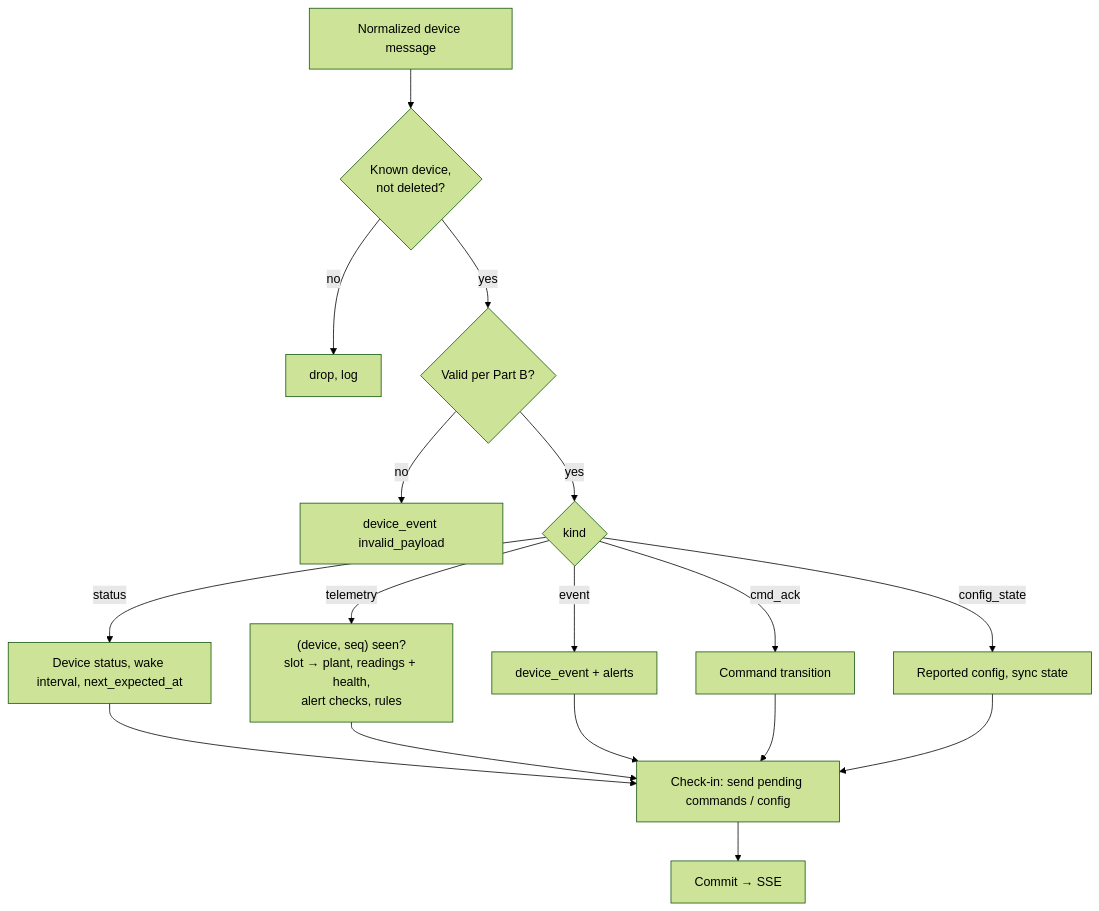
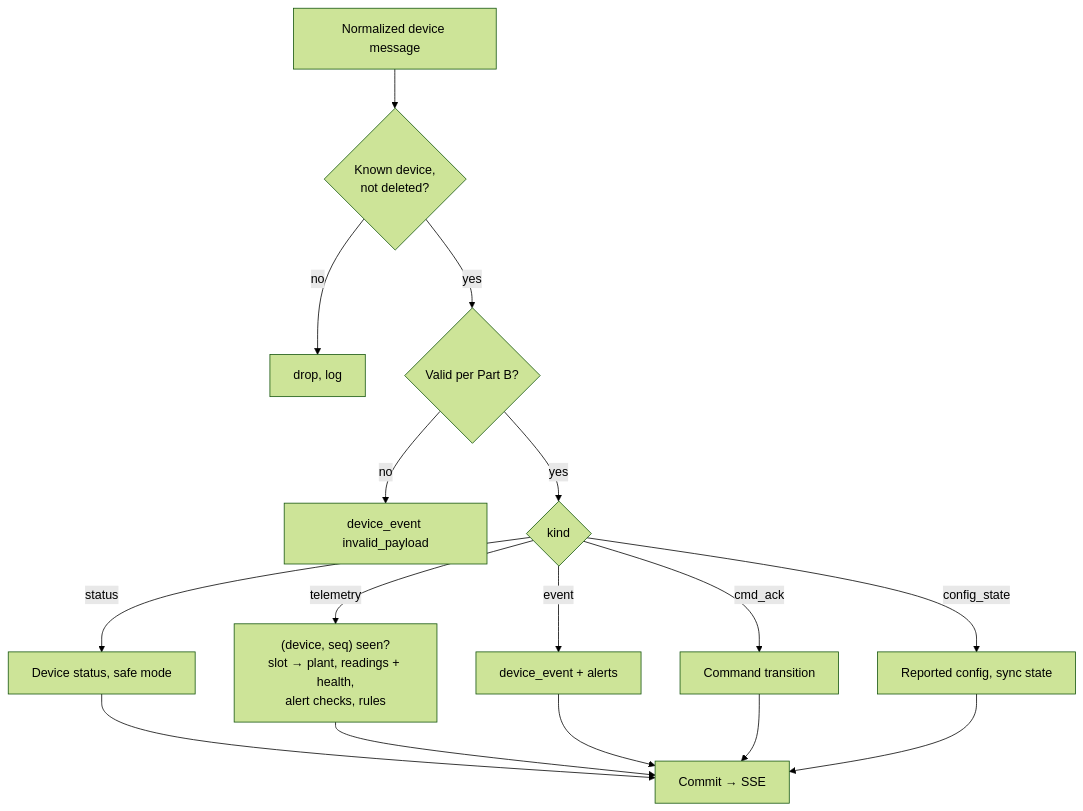
The sixth of 7 diagrams in Gateway/specs.md (Hansom17/MoistureController), drawn with Mermaid (forest theme) before and after one commit. The commit also changed other lines of this file and 6 other files, not shown here.

````diff
--- a/Gateway/specs.md
+++ b/Gateway/specs.md
@@ -250,15 +332,14 @@
 ```mermaid
 flowchart TD
     M[Normalized device message] --> D{Known device,<br/>not deleted?}
     D -->|no| L1[drop, log]
     D -->|yes| V{Valid per Part B?}
     V -->|no| L2[device_event invalid_payload]
     V -->|yes| K{kind}
-    K -->|status| ST[Device status, wake interval, next_expected_at]
+    K -->|status| ST[Device status, safe mode]
     K -->|telemetry| TE["(device, seq) seen?<br/>slot → plant, readings + health,<br/>alert checks, rules"]
     K -->|event| EV[device_event + alerts]
     K -->|cmd_ack| CA[Command transition]
     K -->|config_state| CS[Reported config, sync state]
-    ST & TE & EV & CA & CS --> CI[Check-in: send pending commands / config]
-    CI --> C[Commit → SSE]
+    ST & TE & EV & CA & CS --> C[Commit → SSE]
 ```
````
